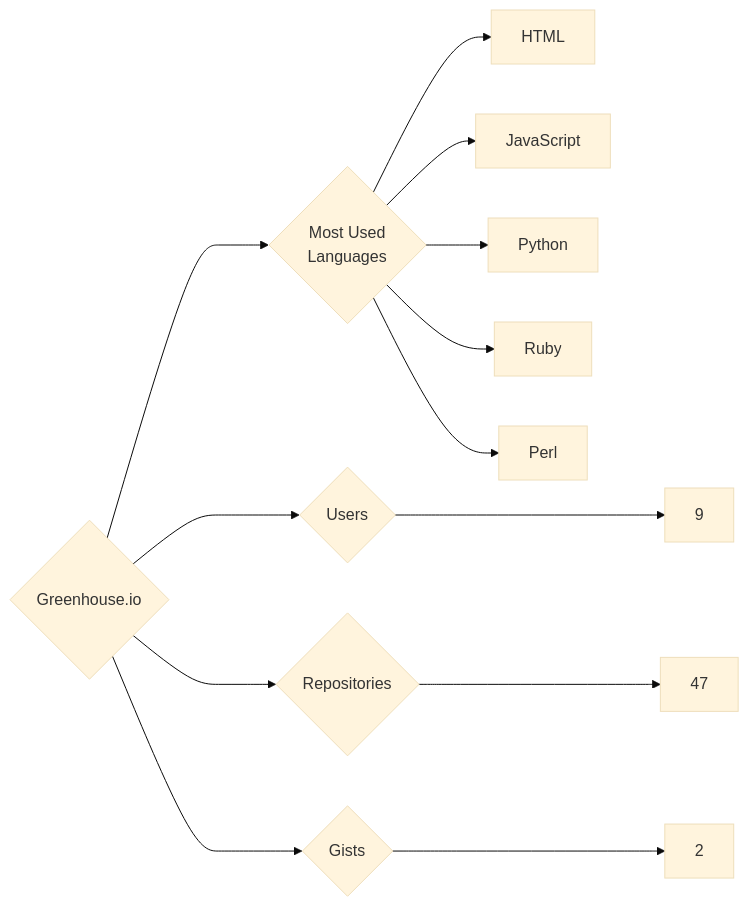
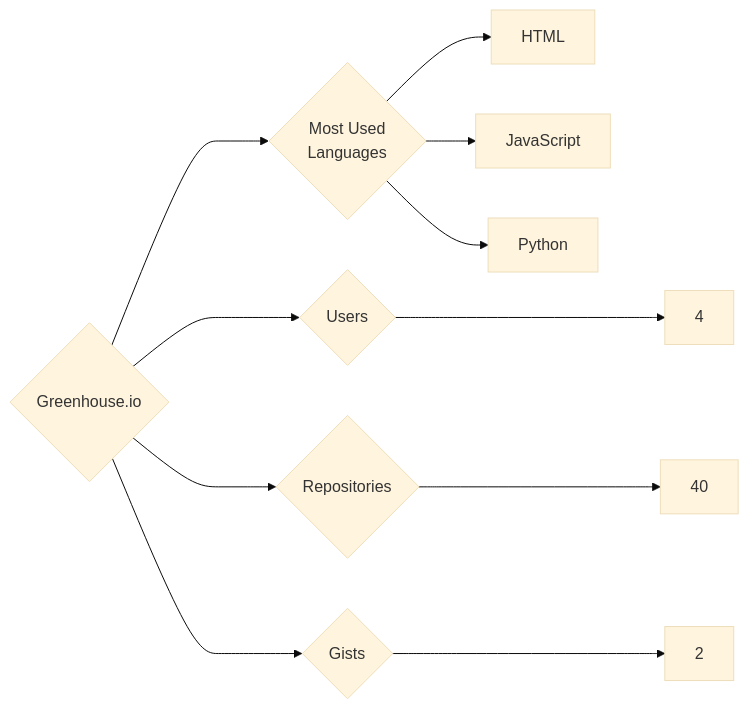
Before and after one commit to trickest/insiders: the diagram in targets/Greenhouse.io/README.md, drawn with Mermaid (base theme). The commit also changed 1084 other files, not shown here.

````diff
--- a/targets/Greenhouse.io/README.md
+++ b/targets/Greenhouse.io/README.md
@@ -3,13 +3,11 @@
 ```mermaid
 graph LR
 COMPANY_NAME{Greenhouse.io}
-COMPANY_NAME ---> U{Users} ---> UN[9]
-COMPANY_NAME ---> R{Repositories} ---> RN[47]
+COMPANY_NAME ---> U{Users} ---> UN[4]
+COMPANY_NAME ---> R{Repositories} ---> RN[40]
 COMPANY_NAME ---> G{Gists} ---> GN[2]
 COMPANY_NAME ---> ML{Most Used<br>Languages}
 ML --> HTML[HTML]
 ML --> JavaScript[JavaScript]
 ML --> Python[Python]
-ML --> Ruby[Ruby]
-ML --> Perl[Perl]
 ```
````
